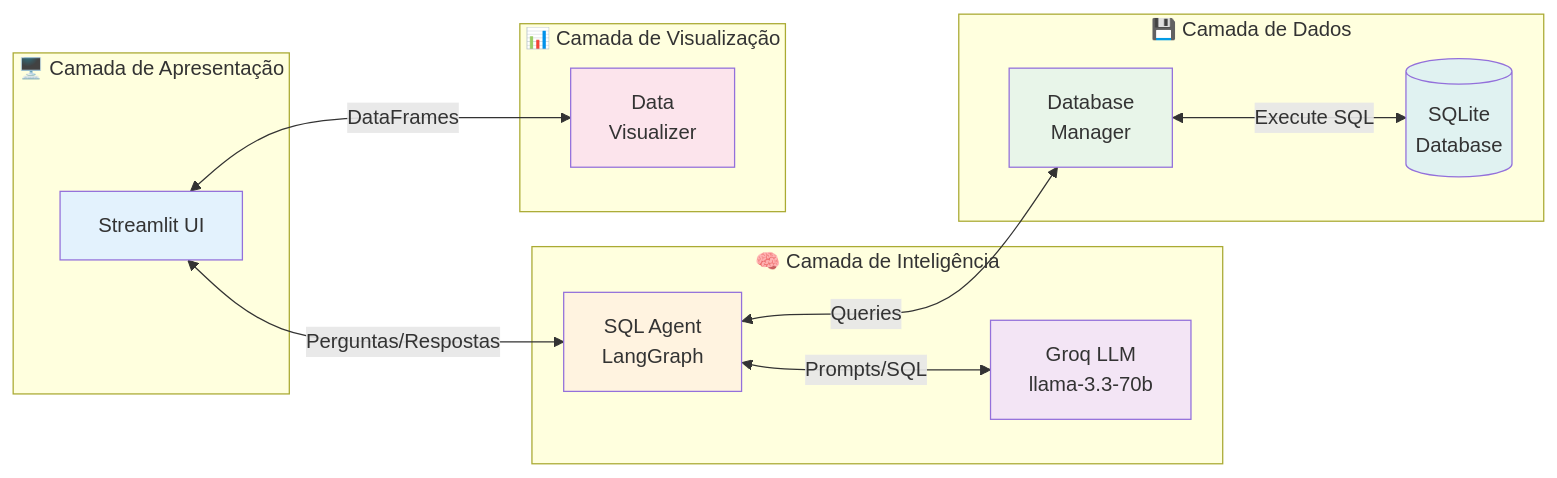
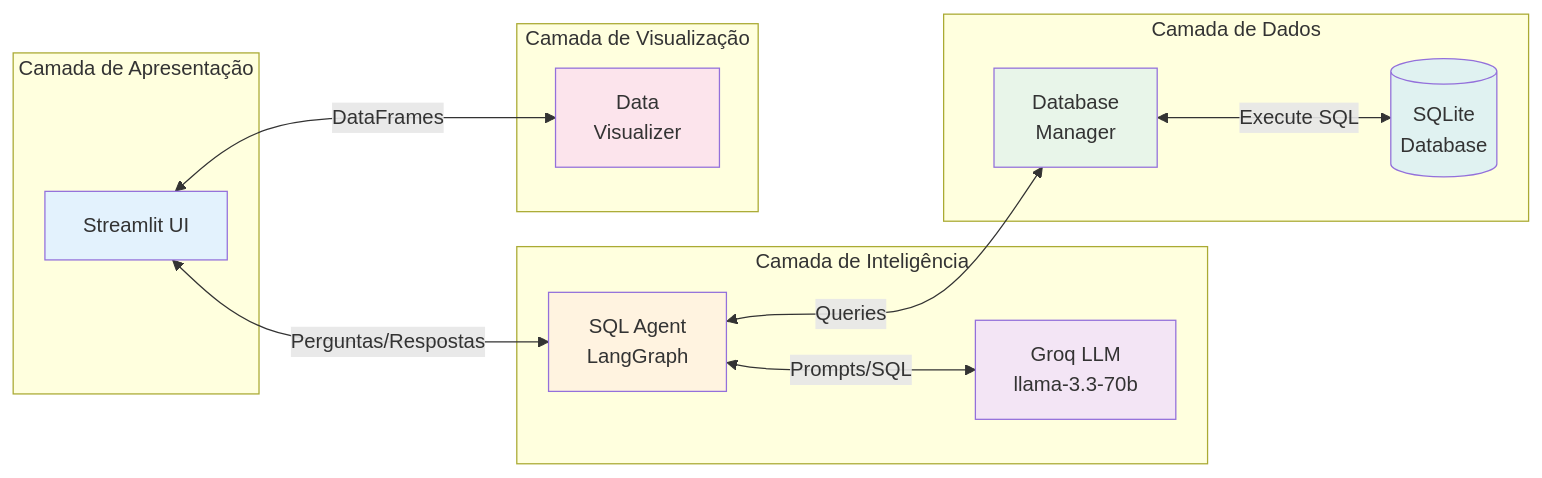
One commit to Nik0o0lps/DataDialogue changed the first of 11 diagrams in ARCHITECTURE.md. Above: the diagram before and after it, drawn with Mermaid. The commit also changed other lines of this file and 1 other file, not shown here.

First line of the commit message:
refactor: Remove todos os emojis dos diagramas e documentação

````diff
--- a/ARCHITECTURE.md
+++ b/ARCHITECTURE.md
@@ -9,33 +9,33 @@
 ```mermaid
 graph LR
-    subgraph "🖥️ Camada de Apresentação"
+    subgraph "Camada de Apresentação"
         UI[Streamlit UI]
     end
     
-    subgraph "🧠 Camada de Inteligência"
+    subgraph "Camada de Inteligência"
         AG[SQL Agent<br/>LangGraph]
         LLM[Groq LLM<br/>llama-3.3-70b]
     end
     
-    subgraph "💾 Camada de Dados"
+    subgraph "Camada de Dados"
         DB[(SQLite<br/>Database)]
         DM[Database<br/>Manager]
     end
     
-    subgraph "📊 Camada de Visualização"
+    subgraph "Camada de Visualização"
         VIZ[Data<br/>Visualizer]
     end
     
     UI <-->|Perguntas/Respostas| AG
     AG <-->|Prompts/SQL| LLM
     AG <-->|Queries| DM
     DM <-->|Execute SQL| DB
     UI <-->|DataFrames| VIZ
     
     style UI fill:#e3f2fd
     style AG fill:#fff3e0
     style LLM fill:#f3e5f5
     style DB fill:#e0f2f1
     style DM fill:#e8f5e9
     style VIZ fill:#fce4ec
 ```
````
